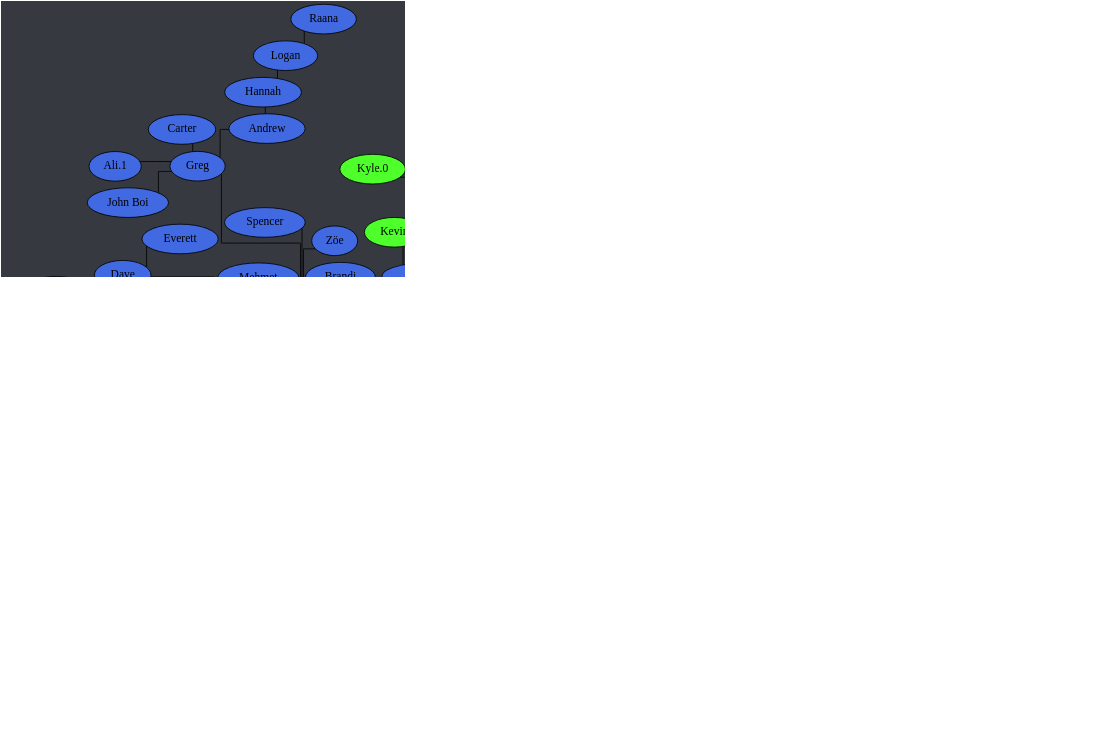
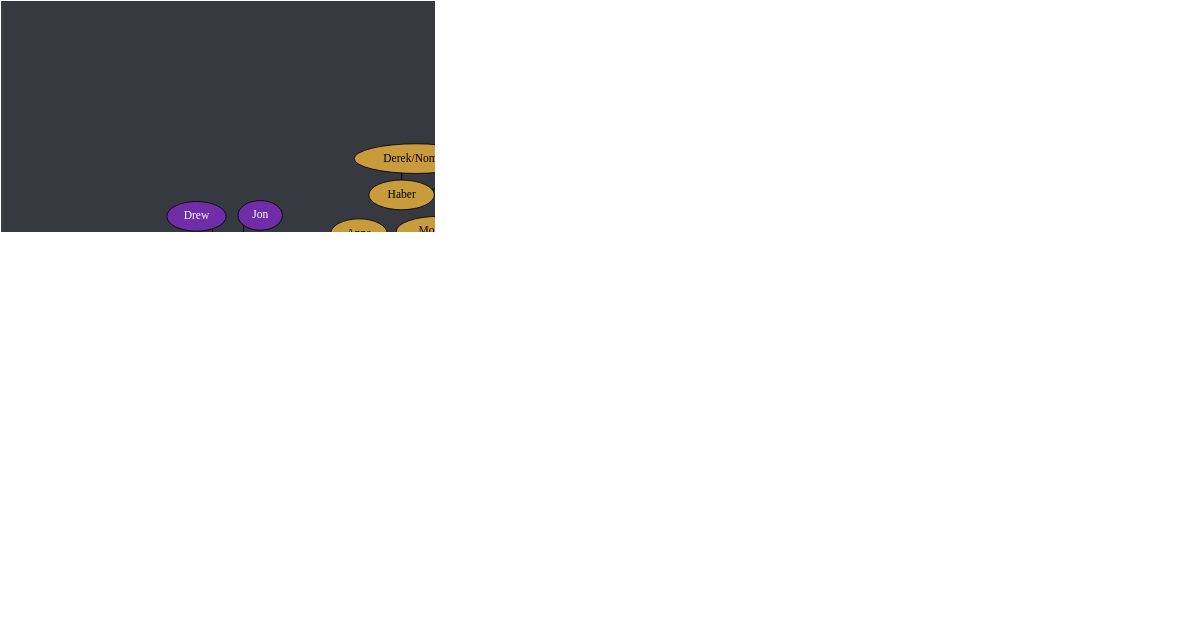
Before and after one commit to Documidas/CoronaCatzFamilyTree: the diagram in tree.dot, drawn with Graphviz. The commit also changed 1 other file, not shown here.

Commit message:
Add Cole, rearrange Jasper

```diff
--- a/tree.dot
+++ b/tree.dot
@@ -1,167 +1,168 @@
 strict graph {
 	// Layout Configuration
 	layout = neato;
 	dpi = 200;
 	epsilon = 0.01;
 	mode = major;
 	model = subset;
 	overlap = false;
 	splines = ortho;
 	start = rand;
 
 	// Visual Configuration
 	graph [ truecolor=true bgcolor="#36393f" ];
 	node [ style=filled fillcolor="gray" fontcolor="black" ];
 
 	subgraph "Joel" {
 		node [ style=filled fillcolor="firebrick4" fontcolor="white" ];
 		Joel [ style=filled fillcolor="gold" fontcolor="black" ];
 
 		Cayla -- "Ali.2";
 		Cayla -- Jonathan;
 		Cayla -- Kate;
 		Cayla -- Ranger;
 		Joel -- Anders;
 		Joel -- Cayla;
 		Joel -- Conner;
 		Joel -- Jared;
 		Joel -- Kat;
 		Joel -- Patrick;
 		Joel -- Steven;
 		Joel -- Zach;
 	}
 
 	subgraph "Anders" {
 		node [ style=filled fillcolor="green4" fontcolor="white" ];
 		// Anders [ style=filled fillcolor="green4" fontcolor="white" ];
 
 		Anders -- Chiara;
 		Anders -- Cody;
 		Anders -- Daniel;
 		Anders -- "Derek/Yaupon";
 		Anders -- DJ;
 		Anders -- Hahnur;
 		Anders -- Jen;
 		Anders -- Matt;
 		Anders -- Solis;
 		Anders -- Will;
 		Anders -- Wyatt;
 	}
 
 	subgraph "Jared" {
 		node [ style=filled fillcolor="royalblue" fontcolor="black" ];
 		// Jared [ style=filled fillcolor="royalblue" fontcolor="black" ];
 
 		Andrew -- Hannah;
 		Dave -- Everett;
 		Donnie -- Bryan;
 		Donnie -- Troy;
 		Greg -- "Ali.1";
 		Greg -- Andrew;
 		Greg -- Carter;
 		Greg -- "John Boi";
 		Hannah -- Logan;
 		Jared -- Brandi;
 		Jared -- Dave;
 		Jared -- Donnie;
 		Jared -- Fabi;
 		Jared -- "Jack.2";
-		Jared -- Jasper;
+		Jared -- Cole;
 		Jared -- Kamon;
 		Jared -- Greg;
 		Jared -- Isabelle;
 		Jared -- Mason;
 		Jared -- Mehmet;
 		Jared -- Nam;
 		Jared -- Shannon;
 		Jared -- Spencer;
 		Jared -- Tyler;
 		Jared -- "Zach/Laniakea";
 		Jared -- "Zöe";
 		Logan -- Raana;
 		Troy -- Drake;
 		Tyler -- Gaby;
+		"Zöe" -- Jasper;
 	}
 
 	subgraph "Zach/Laniakea" {
 		node [ style=filled fillcolor="#4eff2c" fontcolor="black" ];
 		// "Zach/Laniakea" [ style=filled fillcolor="#4eff2c" fontcolor="black" ];
 
 		"Caio.2" -- "Kyle.1";
 		"Caio.2" -- Lucas;
 		"Zach/Laniakea" -- Allen;
 		"Zach/Laniakea" -- "Caio.2";
 		"Zach/Laniakea" -- Colin;
 		"Zach/Laniakea" -- John;
 		"Zach/Laniakea" -- Kevin;
 		"Zach/Laniakea" -- "Kyle.0";
 		"Zach/Laniakea" -- Mike;
 		"Zach/Laniakea" -- "Ryan.1";
 	}
 
 	subgraph "John" {
 		node [ style=filled fillcolor="#c89b3c" fontcolor="black" ];
 		// John [ style=filled fillcolor="#c89b3c" fontcolor="black" ];
 
 		Haber -- "Derek/Nomad";
 		John -- Anna;
 		John -- Emily;
 		John -- Haber;
 		John -- Jay;
 		John -- Jack;
 		John -- Lara;
 		John -- Monarch;
 		John -- "Oliger/Leanza";
 		John -- Thomas;
 	}
 
 	subgraph "John-stream" {
 		// node [ style=filled fillcolor="#9147ff" fontcolor="black" ];
 		node [ style=filled fillcolor="#c89b3c" fontcolor="black" ];
 
 		John -- "Michael/Wheezy";
 	}
 
 	subgraph "Thomas" {
 		node [ style=filled fillcolor="#b04900" fontcolor="black" ];
 		// Thomas [ style=filled fillcolor="#b04900" fontcolor="black" ];
 
 		Thomas -- Alex;
 		Thomas -- JD;
 		Thomas -- Josh;
 		Thomas -- Juan;
 		Thomas -- Taylor;
 		Thomas -- Tony;
 		Thomas -- "Travis.1";
 		Thomas -- "Travis.2";
 		Tony -- GT;
 	}
 
 	subgraph "Alex" {
 		node [ style=filled fillcolor="#6f2da8" fontcolor="white" ];
 		// Alex [ style=filled fillcolor="#6f2da8" fontcolor="black" ];
 
 		Alex -- "Alex/Blitt";
 		Alex -- "Da'Von";
 		Alex -- Sam;
 		"Alex/Blitt" -- Alan;
 		"Alex/Blitt" -- "Alex the 3rd";
 		"Alex/Blitt" -- Brian;
 		"Alex/Blitt" -- Carlos;
 		"Alex/Blitt" -- Chris;
 		"Alex/Blitt" -- Frank;
 		"Alex/Blitt" -- Gabe;
 		"Alex/Blitt" -- "Kyle.3";
 		"Alex/Blitt" -- Laske;
 		"Alex/Blitt" -- "Ryan.2";
 		"Alex/Blitt" -- "Sam.2";
 		"Da'Von" -- Dalton;
 		"Da'Von" -- Dalyn;
 		"Da'Von" -- Kuri;
 		"Da'Von" -- Zellar;
 		Dalton -- Graysen;
 		Kuri -- Drew;
 		Kuri -- Jon;
 		Kuri -- Karma;
 	}
 }
```
